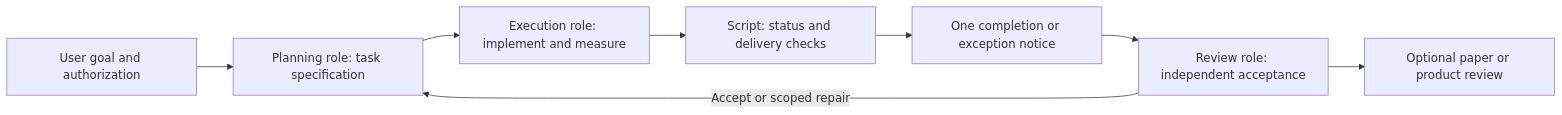
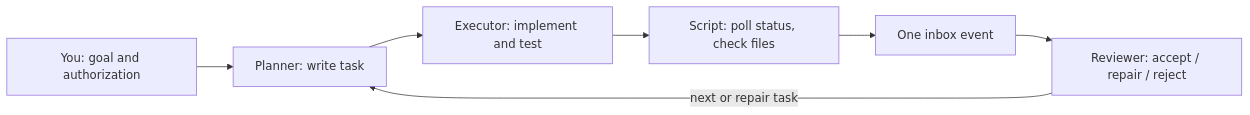
The diagram in README.md (cgy0071/agent-workflow-orchestrator), drawn with Mermaid before and after one commit. The commit also changed other lines of this file and 1 other file, not shown here.

````diff
--- a/README.md
+++ b/README.md
@@ -47,10 +23,9 @@
 ```mermaid
 flowchart LR
-    U[User goal and authorization] --> P[Planning role: task specification]
-    P --> E[Execution role: implement and measure]
-    E --> M[Script: status and delivery checks]
-    M --> N[One completion or exception notice]
-    N --> R[Review role: independent acceptance]
-    R -->|Accept or scoped repair| P
-    R --> L[Optional paper or product review]
+    U[You: goal and authorization] --> P[Planner: write task]
+    P --> E[Executor: implement and test]
+    E --> M[Script: poll status, check files]
+    M --> N[One inbox event]
+    N --> R[Reviewer: accept / repair / reject]
+    R -->|next or repair task| P
 ```
````
